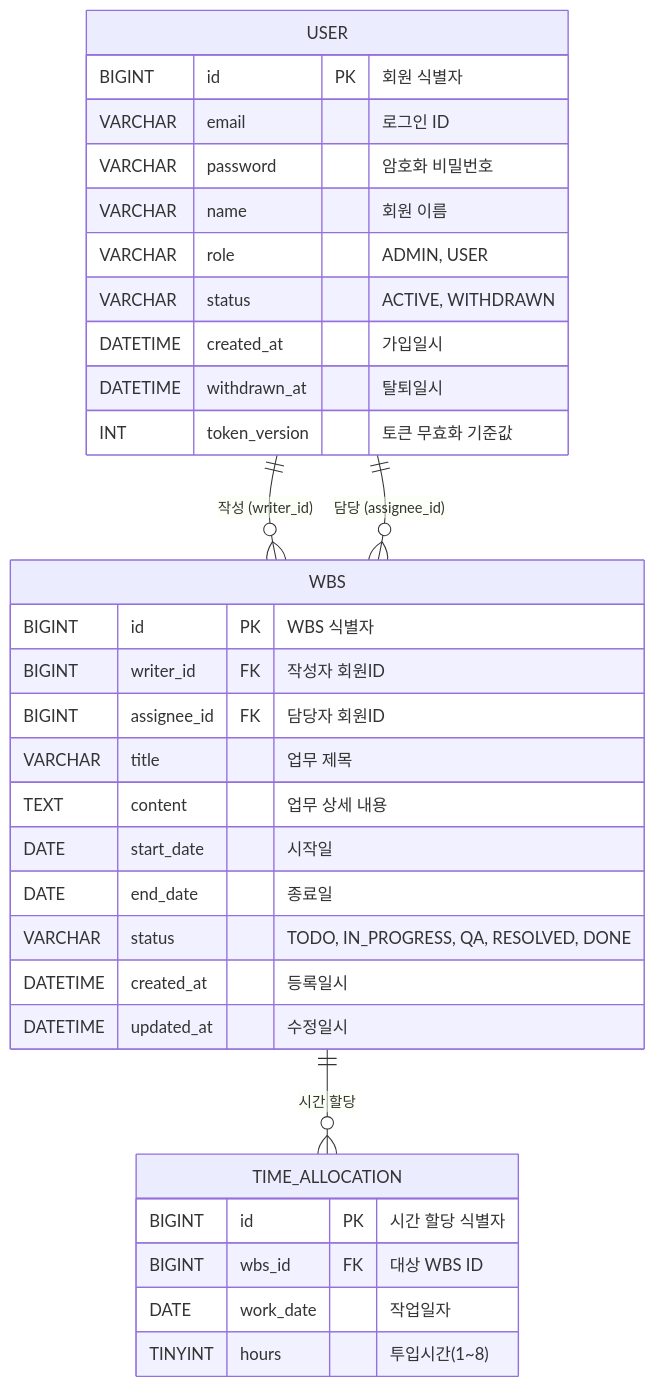
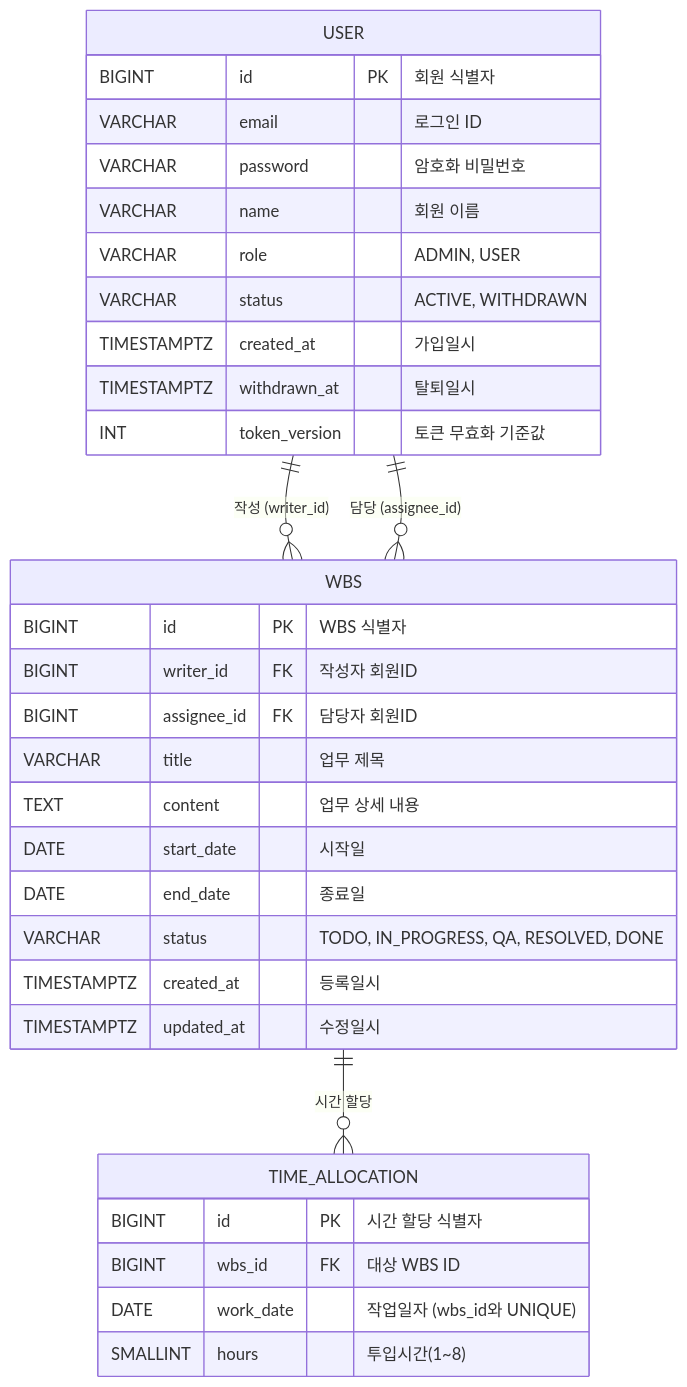
One commit to Final-Win/b2b-promo changed the diagram in docs/7-erd.md. Above: the diagram before and after it, drawn with Mermaid. The commit also changed 4 other files, not shown here.

````diff
--- a/docs/7-erd.md
+++ b/docs/7-erd.md
@@ -3,38 +3,38 @@
 ```mermaid
 erDiagram
     USER {
         BIGINT id PK "회원 식별자"
         VARCHAR email "로그인 ID"
         VARCHAR password "암호화 비밀번호"
         VARCHAR name "회원 이름"
         VARCHAR role "ADMIN, USER"
         VARCHAR status "ACTIVE, WITHDRAWN"
-        DATETIME created_at "가입일시"
-        DATETIME withdrawn_at "탈퇴일시"
+        TIMESTAMPTZ created_at "가입일시"
+        TIMESTAMPTZ withdrawn_at "탈퇴일시"
         INT token_version "토큰 무효화 기준값"
     }
 
     WBS {
         BIGINT id PK "WBS 식별자"
         BIGINT writer_id FK "작성자 회원ID"
         BIGINT assignee_id FK "담당자 회원ID"
         VARCHAR title "업무 제목"
         TEXT content "업무 상세 내용"
         DATE start_date "시작일"
         DATE end_date "종료일"
         VARCHAR status "TODO, IN_PROGRESS, QA, RESOLVED, DONE"
-        DATETIME created_at "등록일시"
-        DATETIME updated_at "수정일시"
+        TIMESTAMPTZ created_at "등록일시"
+        TIMESTAMPTZ updated_at "수정일시"
     }
 
     TIME_ALLOCATION {
         BIGINT id PK "시간 할당 식별자"
         BIGINT wbs_id FK "대상 WBS ID"
-        DATE work_date "작업일자"
-        TINYINT hours "투입시간(1~8)"
+        DATE work_date "작업일자 (wbs_id와 UNIQUE)"
+        SMALLINT hours "투입시간(1~8)"
     }
 
     USER ||--o{ WBS : "작성 (writer_id)"
     USER ||--o{ WBS : "담당 (assignee_id)"
     WBS ||--o{ TIME_ALLOCATION : "시간 할당"
 ```
````
